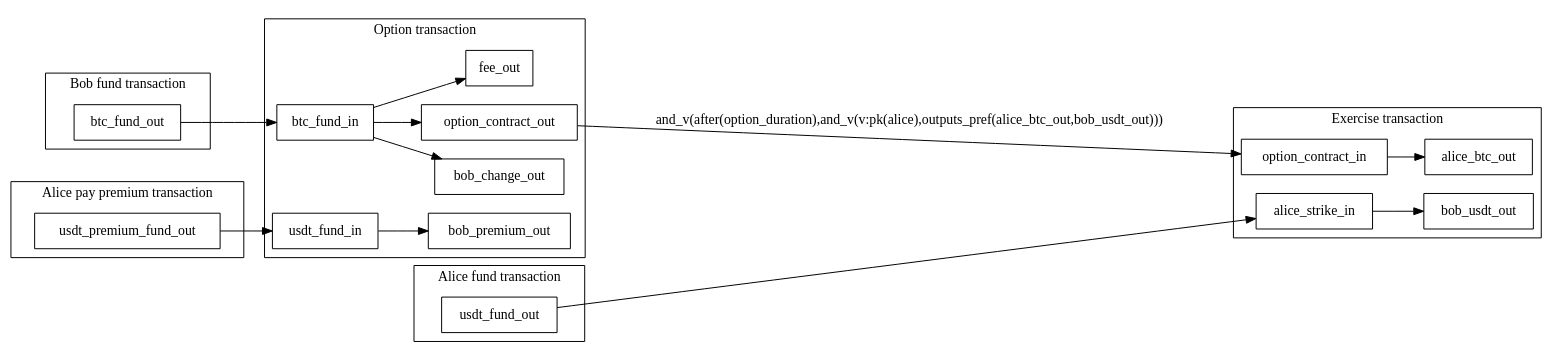
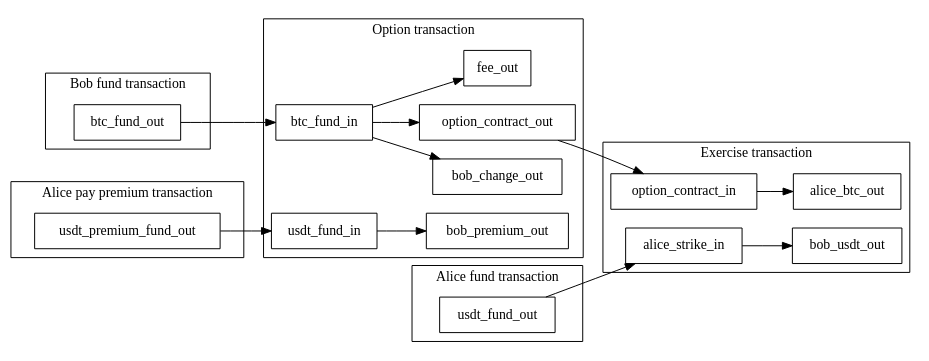
The diagram in docs/call_option_exercise.dot (comit-network/baru), drawn with Graphviz before and after one commit.

Commit message:
Remove miniscript from diagram

```diff
--- a/docs/call_option_exercise.dot
+++ b/docs/call_option_exercise.dot
@@ -1,44 +1,44 @@
-# Live edit this at http://magjac.com/graphviz-visual-editor/?dot=digraph%20call_option%20%7B%0A%09node%20%5Bshape%3Drecord%5D%3B%0A%09rankdir%3DLR%3B%0A%0A%09subgraph%20cluster_bob_fund%20%7B%0A%09%09btc_fund_out%3B%0A%09%09label%20%3D%20%22Bob%20fund%20transaction%22%0A%09%7D%0A%0A%09subgraph%20cluster_alice_premium%20%7B%0A%09%09usdt_premium_fund_out%3B%0A%09%09label%20%3D%20%22Alice%20pay%20premium%20transaction%22%0A%09%7D%0A%0A%09subgraph%20cluster_option%20%7B%0A%09%09btc_fund_in%20-%3E%20bob_change_out%3B%0A%09%09btc_fund_in%20-%3E%20option_contract_out%3B%0A%09%09btc_fund_in%20-%3E%20fee_out%3B%0A%0A%09%09usdt_fund_in%20-%3E%20bob_premium_out%3B%0A%0A%09%09label%20%3D%20%22Option%20transaction%22%0A%09%7D%0A%0A%09subgraph%20cluster_fund_exercise%20%7B%0A%09%09usdt_fund_out%3B%0A%09%09label%20%3D%20%22Alice%20fund%20transaction%22%0A%09%7D%0A%0A%09subgraph%20cluster_exercise%20%7B%0A%09%09option_contract_in%20-%3E%20alice_btc_out%3B%0A%09%09alice_strike_in%20-%3E%20bob_usdt_out%3B%20%2F%2F%20Presence%20of%20this%20is%20enforced%20through%20the%20covenant%20script%20in%20%60option_contract_out%60.%0A%0A%09%09label%20%3D%20%22Exercise%20transaction%22%0A%09%7D%0A%0A%09btc_fund_out%20-%3E%20btc_fund_in%3B%0A%09usdt_premium_fund_out%20-%3E%20usdt_fund_in%3B%0A%09option_contract_out%20-%3E%20option_contract_in%20%5Blabel%20%3D%20%22and_v%28after%28option_duration%29%2Cand_v%28v%3Apk%28alice%29%2Coutputs_pref%28alice_btc_out%2Cbob_usdt_out%29%29%29%22%5D%3B%20%2F%2F%20This%20script%20is%20untested.%0A%09usdt_fund_out%20-%3E%20alice_strike_in%3B%0A%7D%0A%0A
+# Live edit this at http://magjac.com/graphviz-visual-editor/?dot=digraph%20exercise_call_option%20%7B%0A%09node%20%5Bshape%3Drecord%5D%3B%0A%09rankdir%3DLR%3B%0A%0A%09subgraph%20cluster_bob_fund%20%7B%0A%09%09btc_fund_out%3B%0A%09%09label%20%3D%20%22Bob%20fund%20transaction%22%0A%09%7D%0A%0A%09subgraph%20cluster_alice_premium%20%7B%0A%09%09usdt_premium_fund_out%3B%0A%09%09label%20%3D%20%22Alice%20pay%20premium%20transaction%22%0A%09%7D%0A%0A%09subgraph%20cluster_option%20%7B%0A%09%09btc_fund_in%20-%3E%20bob_change_out%3B%0A%09%09btc_fund_in%20-%3E%20option_contract_out%3B%20%2F%2F%20Spending%20script%20is%20something%20like%20and_v%28after%28option_duration%29%2Cand_v%28v%3Apk%28alice%29%2Coutputs_pref%28alice_btc_out%2Cbob_usdt_out%29%29%29%0A%09%09btc_fund_in%20-%3E%20fee_out%3B%0A%0A%09%09usdt_fund_in%20-%3E%20bob_premium_out%3B%0A%0A%09%09label%20%3D%20%22Option%20transaction%22%0A%09%7D%0A%0A%09subgraph%20cluster_fund_exercise%20%7B%0A%09%09usdt_fund_out%3B%0A%09%09label%20%3D%20%22Alice%20fund%20transaction%22%0A%09%7D%0A%0A%09subgraph%20cluster_exercise%20%7B%0A%09%09option_contract_in%20-%3E%20alice_btc_out%3B%0A%09%09alice_strike_in%20-%3E%20bob_usdt_out%3B%20%2F%2F%20Presence%20of%20this%20is%20enforced%20through%20the%20covenant%20script%20in%20%60option_contract_out%60.%0A%0A%09%09label%20%3D%20%22Exercise%20transaction%22%0A%09%7D%0A%0A%09btc_fund_out%20-%3E%20btc_fund_in%3B%0A%09usdt_premium_fund_out%20-%3E%20usdt_fund_in%3B%0A%09option_contract_out%20-%3E%20option_contract_in%3B%0A%09usdt_fund_out%20-%3E%20alice_strike_in%3B%0A%7D%0A
 # Please update the link if you make any changes :)
 
 digraph exercise_call_option {
 	node [shape=record];
 	rankdir=LR;
 
 	subgraph cluster_bob_fund {
 		btc_fund_out;
 		label = "Bob fund transaction"
 	}
 
 	subgraph cluster_alice_premium {
 		usdt_premium_fund_out;
 		label = "Alice pay premium transaction"
 	}
 
 	subgraph cluster_option {
 		btc_fund_in -> bob_change_out;
-		btc_fund_in -> option_contract_out;
+		btc_fund_in -> option_contract_out; // Spending script is something like and_v(after(option_duration),and_v(v:pk(alice),outputs_pref(alice_btc_out,bob_usdt_out)))
 		btc_fund_in -> fee_out;
 
 		usdt_fund_in -> bob_premium_out;
 
 		label = "Option transaction"
 	}
 
 	subgraph cluster_fund_exercise {
 		usdt_fund_out;
 		label = "Alice fund transaction"
 	}
 
 	subgraph cluster_exercise {
 		option_contract_in -> alice_btc_out;
 		alice_strike_in -> bob_usdt_out; // Presence of this is enforced through the covenant script in `option_contract_out`.
 
 		label = "Exercise transaction"
 	}
 
 	btc_fund_out -> btc_fund_in;
 	usdt_premium_fund_out -> usdt_fund_in;
-	option_contract_out -> option_contract_in [label = "and_v(after(option_duration),and_v(v:pk(alice),outputs_pref(alice_btc_out,bob_usdt_out)))"]; // This script is untested.
+	option_contract_out -> option_contract_in;
 	usdt_fund_out -> alice_strike_in;
 }
```
